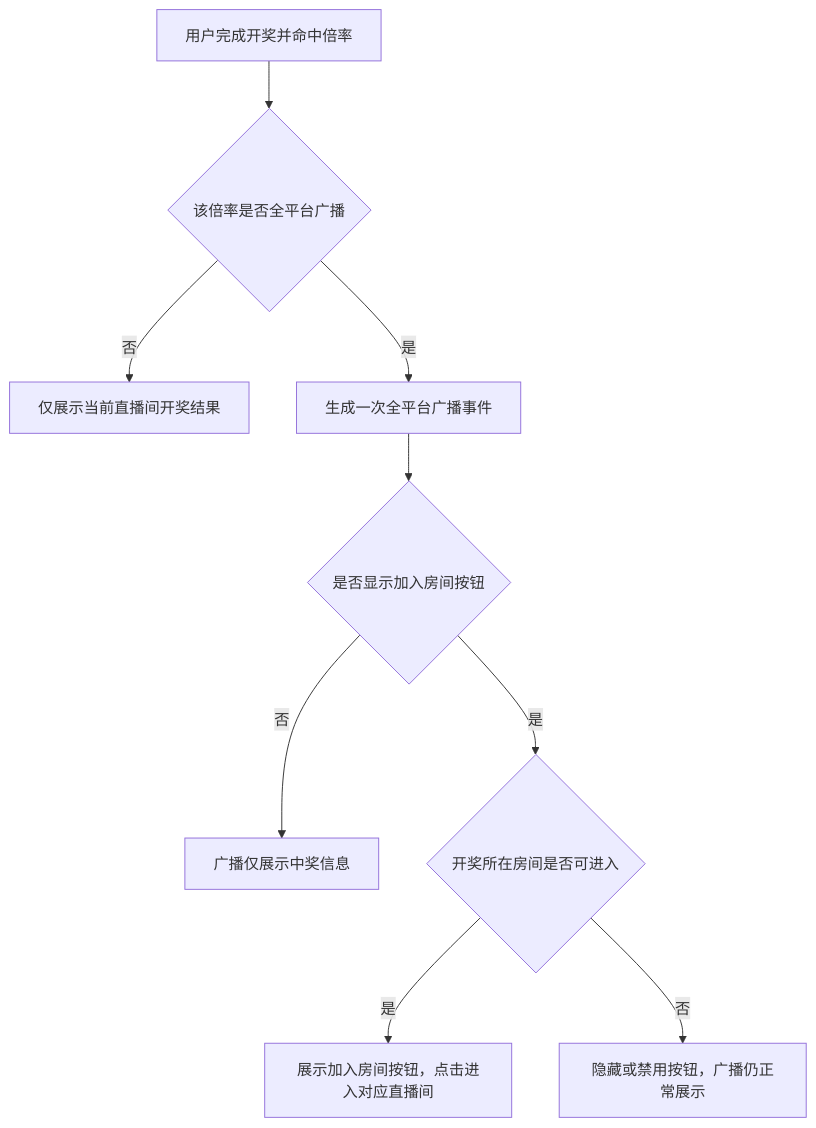
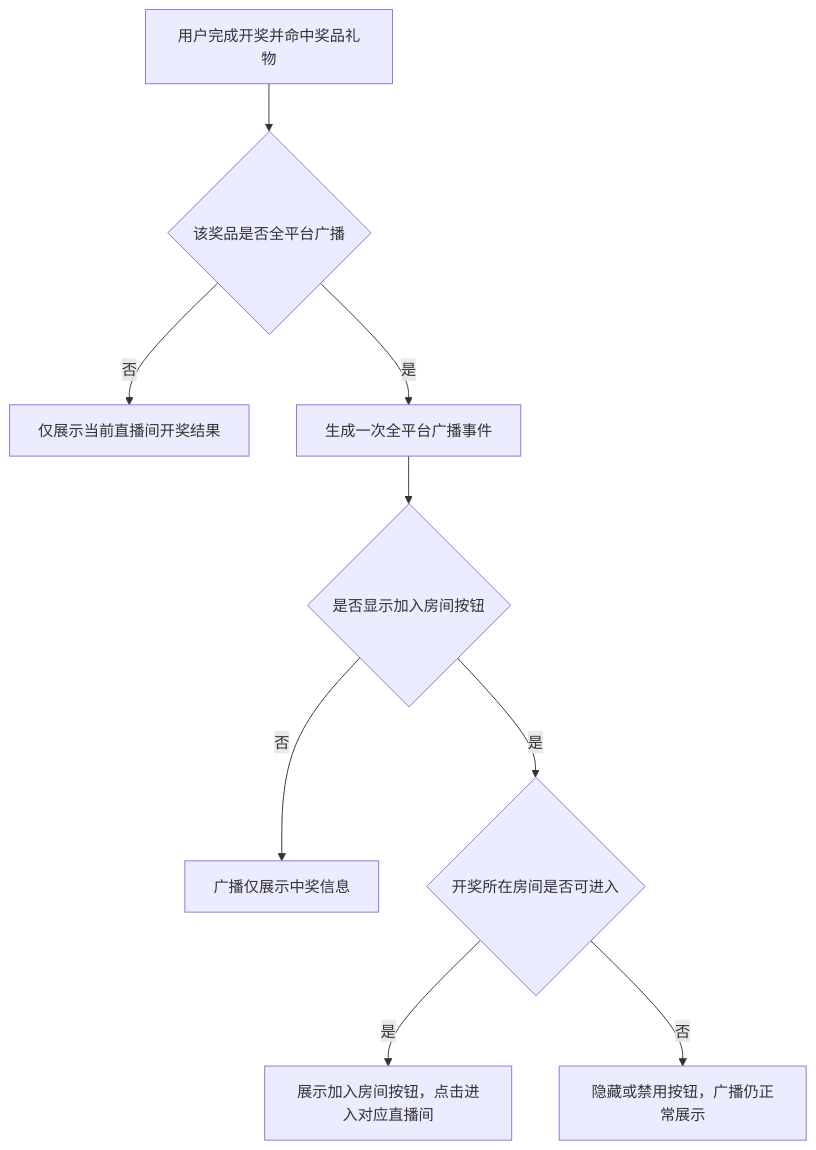
Before and after one commit to lxw13000/sano-pm: the fifth of 5 diagrams in 8月/盲盒礼物产品开发需求文档.md, drawn with Mermaid. The commit also changed other lines of this file and 13 other files, not shown here.

````diff
--- a/8月/盲盒礼物产品开发需求文档.md
+++ b/8月/盲盒礼物产品开发需求文档.md
@@ -395,11 +467,11 @@
 ```mermaid
 flowchart TD
-    A["用户完成开奖并命中倍率"] --> B{"该倍率是否全平台广播"}
+    A["用户完成开奖并命中奖品礼物"] --> B{"该奖品是否全平台广播"}
     B -- "否" --> C["仅展示当前直播间开奖结果"]
     B -- "是" --> D["生成一次全平台广播事件"]
     D --> E{"是否显示加入房间按钮"}
     E -- "否" --> F["广播仅展示中奖信息"]
     E -- "是" --> G{"开奖所在房间是否可进入"}
     G -- "是" --> H["展示加入房间按钮，点击进入对应直播间"]
     G -- "否" --> I["隐藏或禁用按钮，广播仍正常展示"]
 ```
````
